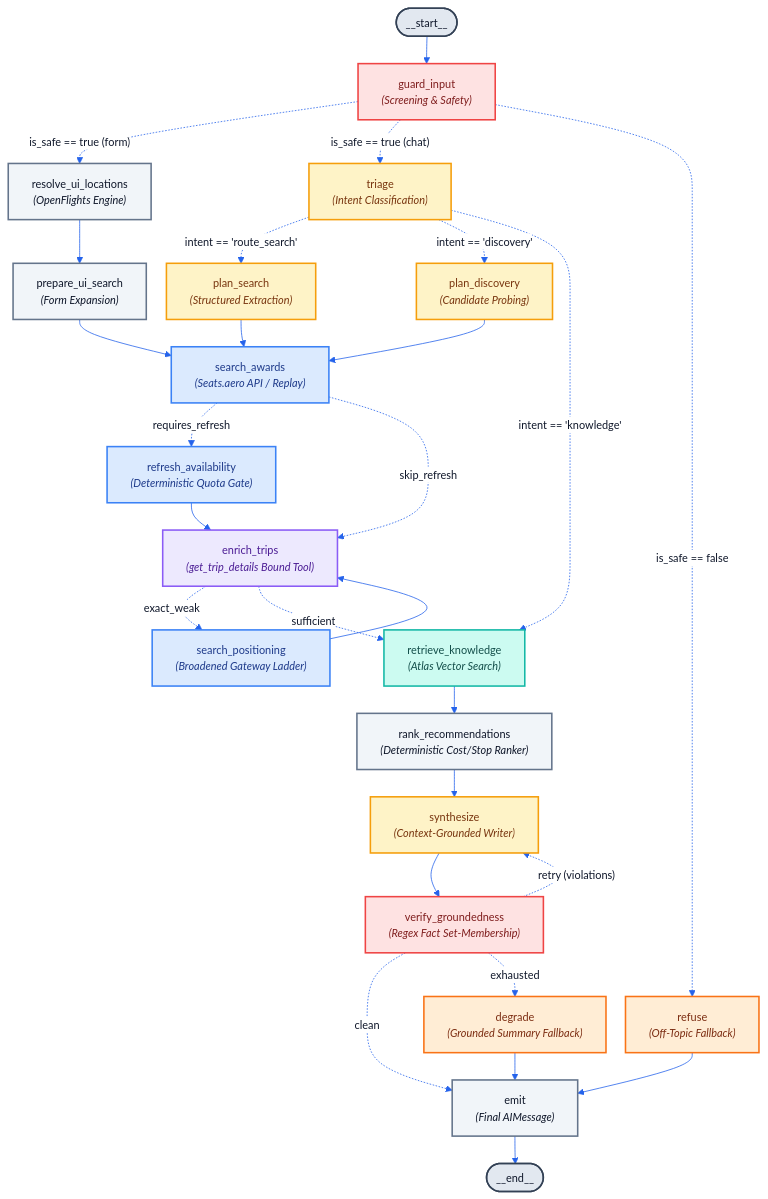
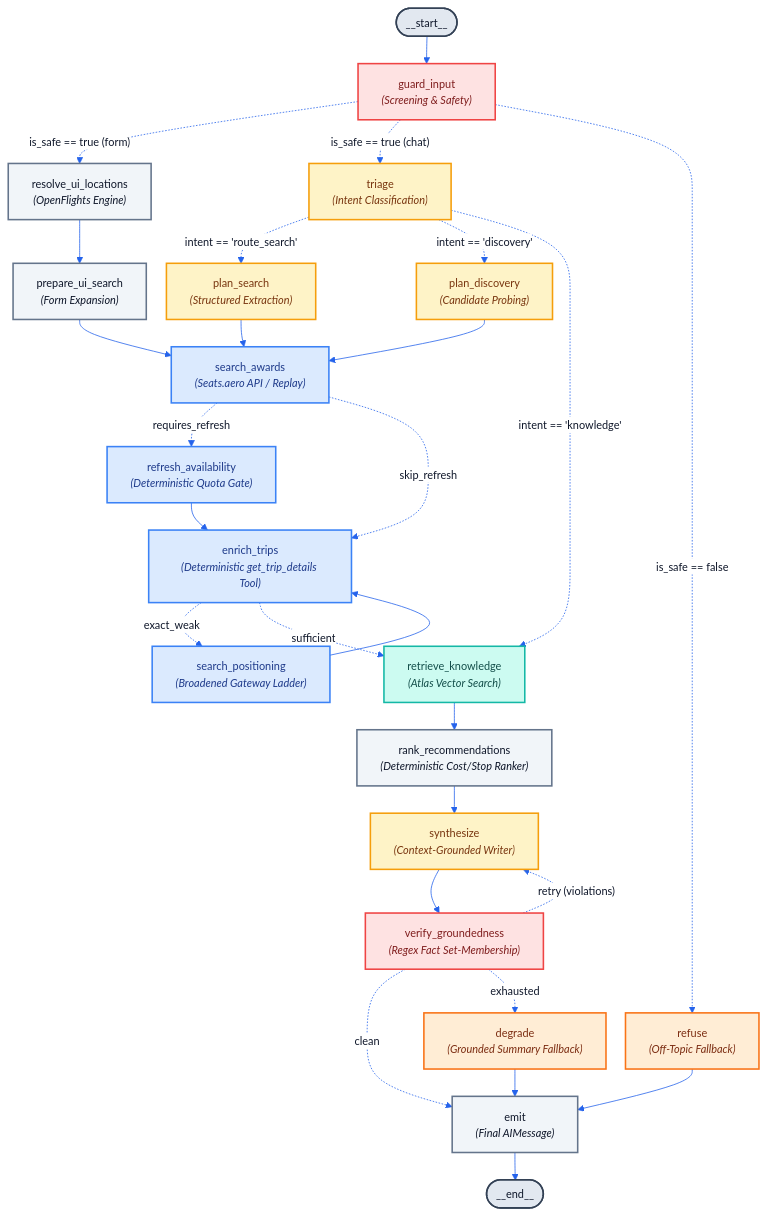
The second of 3 diagrams in Architecture.md (david-vest/award-travel-agent), drawn with Mermaid before and after one commit. The commit also changed other lines of this file and 18 other files, not shown here.

```diff
--- a/Architecture.md
+++ b/Architecture.md
@@ -111,7 +111,7 @@
   
   Search["search_awards<br/><i>(Seats.aero API / Replay)</i>"]:::toolNode
   Refresh["refresh_availability<br/><i>(Deterministic Quota Gate)</i>"]:::toolNode
-  Enrich["enrich_trips<br/><i>(get_trip_details Bound Tool)</i>"]:::llmToolNode
+  Enrich["enrich_trips<br/><i>(Deterministic get_trip_details Tool)</i>"]:::toolNode
   Position["search_positioning<br/><i>(Broadened Gateway Ladder)</i>"]:::toolNode
   
   RAG["retrieve_knowledge<br/><i>(Atlas Vector Search)</i>"]:::ragNode
```
